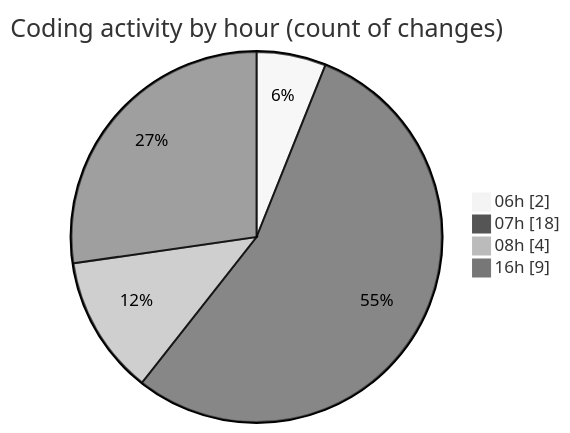
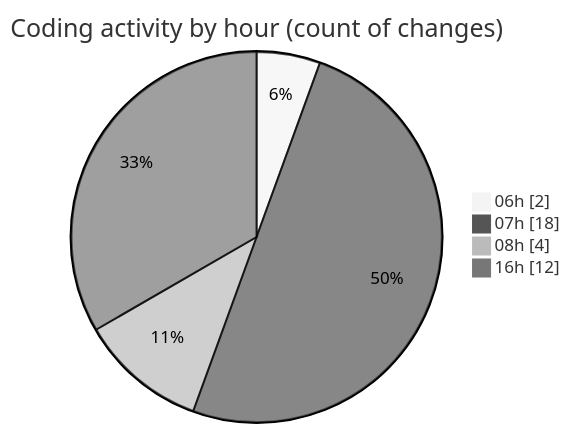
The second of 2 diagrams in 2025-01-27/termonied-web/README.md (robertbonfada/code-tracking), drawn with Mermaid (neutral theme) before and after one commit. The commit also changed other lines of this file and 1 other file, not shown here.

````diff
--- a/2025-01-27/termonied-web/README.md
+++ b/2025-01-27/termonied-web/README.md
@@ -34,8 +34,8 @@
 ```mermaid
 pie showData
 title Coding activity by hour (count of changes)
 "06h" : 2
 "07h" : 18
 "08h" : 4
-"16h" : 9
+"16h" : 12
 ```
````
